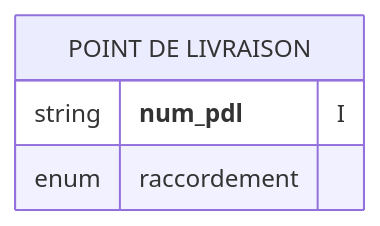
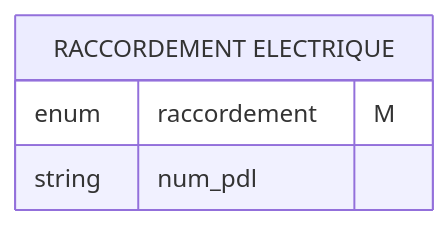
One commit to loco-philippe/IRVE changed the tenth of 16 diagrams in indicateurs/files/donnees.md. Above: the diagram before and after it, drawn with Mermaid. The commit also changed other lines of this file, not shown here.

````diff
--- a/indicateurs/files/donnees.md
+++ b/indicateurs/files/donnees.md
@@ -233,7 +235,7 @@
 ```mermaid
 erDiagram
-"POINT DE LIVRAISON" {
-  string **num_pdl** "I"
-  enum    raccordement
+"RACCORDEMENT ELECTRIQUE" {
+  enum    raccordement "M"
+  string  num_pdl
   }
 ```
````
